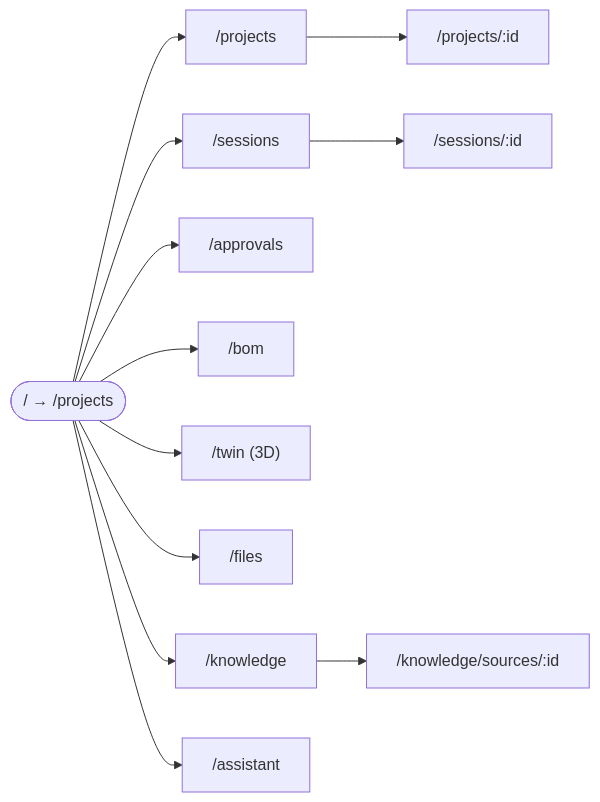
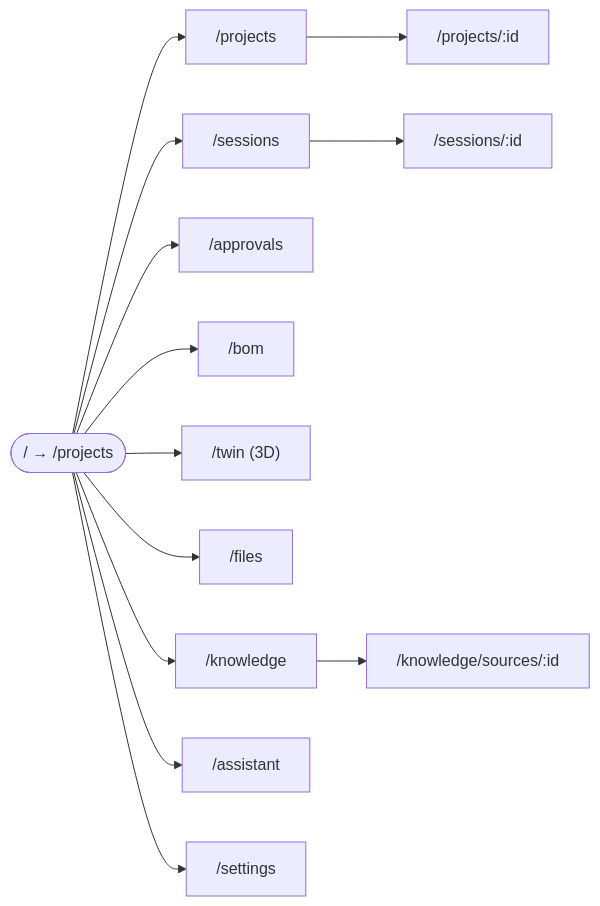
The diagram in docs/dashboard-tour.md (FidelOdok/MetaForge), drawn with Mermaid before and after one commit. The commit also changed other lines of this file and 47 other files, not shown here.

````diff
--- a/docs/dashboard-tour.md
+++ b/docs/dashboard-tour.md
@@ -32,27 +32,29 @@
 ```mermaid
 flowchart LR
     home(["/ → /projects"])
     proj["/projects"]
     projDetail["/projects/:id"]
     sess["/sessions"]
     sessDetail["/sessions/:id"]
     appr["/approvals"]
     bom["/bom"]
     twin["/twin (3D)"]
     files["/files"]
     know["/knowledge"]
     srcDetail["/knowledge/sources/:id"]
     asst["/assistant"]
+    settings["/settings"]
 
     home --> proj
     proj --> projDetail
     home --> sess
     sess --> sessDetail
     home --> appr
     home --> bom
     home --> twin
     home --> files
     home --> know
     know --> srcDetail
     home --> asst
+    home --> settings
 ```
````
